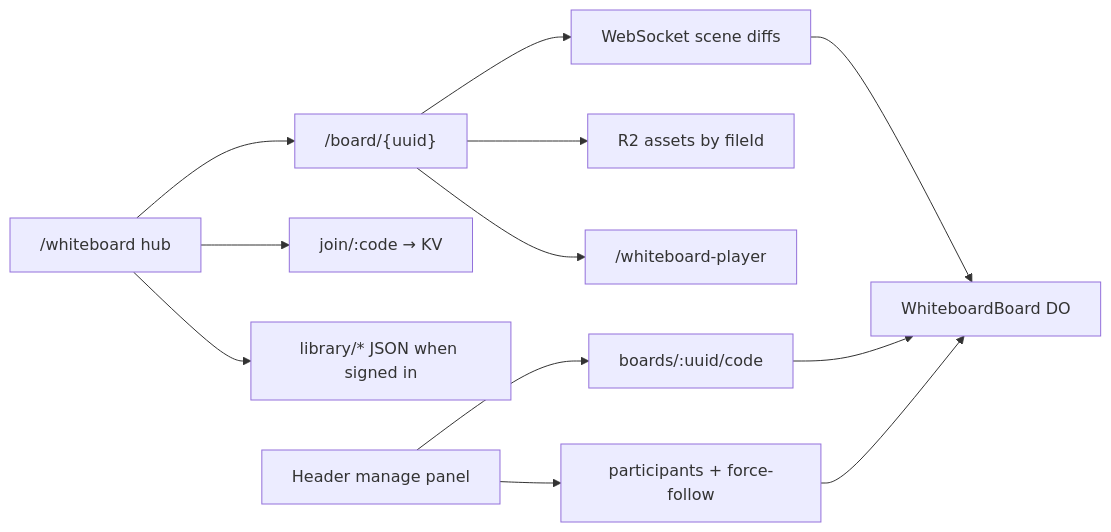
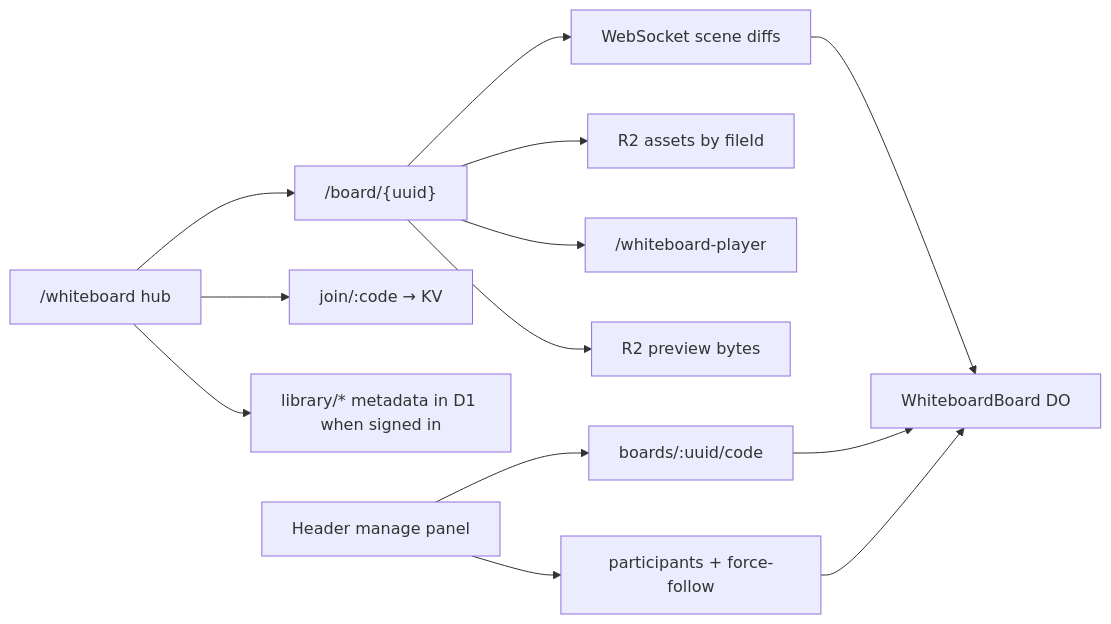
Before and after one commit to dmeim/scsfoxchase.tech: the diagram in docs/whiteboard/README.md, drawn with Mermaid. The commit also changed other lines of this file and 57 other files, not shown here.

````diff
--- a/docs/whiteboard/README.md
+++ b/docs/whiteboard/README.md
@@ -57,14 +66,15 @@
 ```mermaid
 flowchart LR
   Hub["/whiteboard hub"] --> Board["/board/{uuid}"]
   Board --> WS["WebSocket scene diffs"]
   WS --> DO["WhiteboardBoard DO"]
   Board --> Assets["R2 assets by fileId"]
   Board --> Player["/whiteboard-player"]
   Hub --> Join["join/:code → KV"]
-  Hub --> Lib["library/* JSON when signed in"]
+  Hub --> Lib["library/* metadata in D1 when signed in"]
+  Board --> Preview["R2 preview bytes"]
   Manage["Header manage panel"] --> CodeAPI["boards/:uuid/code"]
   Manage --> PeopleAPI["participants + force-follow"]
   CodeAPI --> DO
   PeopleAPI --> DO
 ```
````
